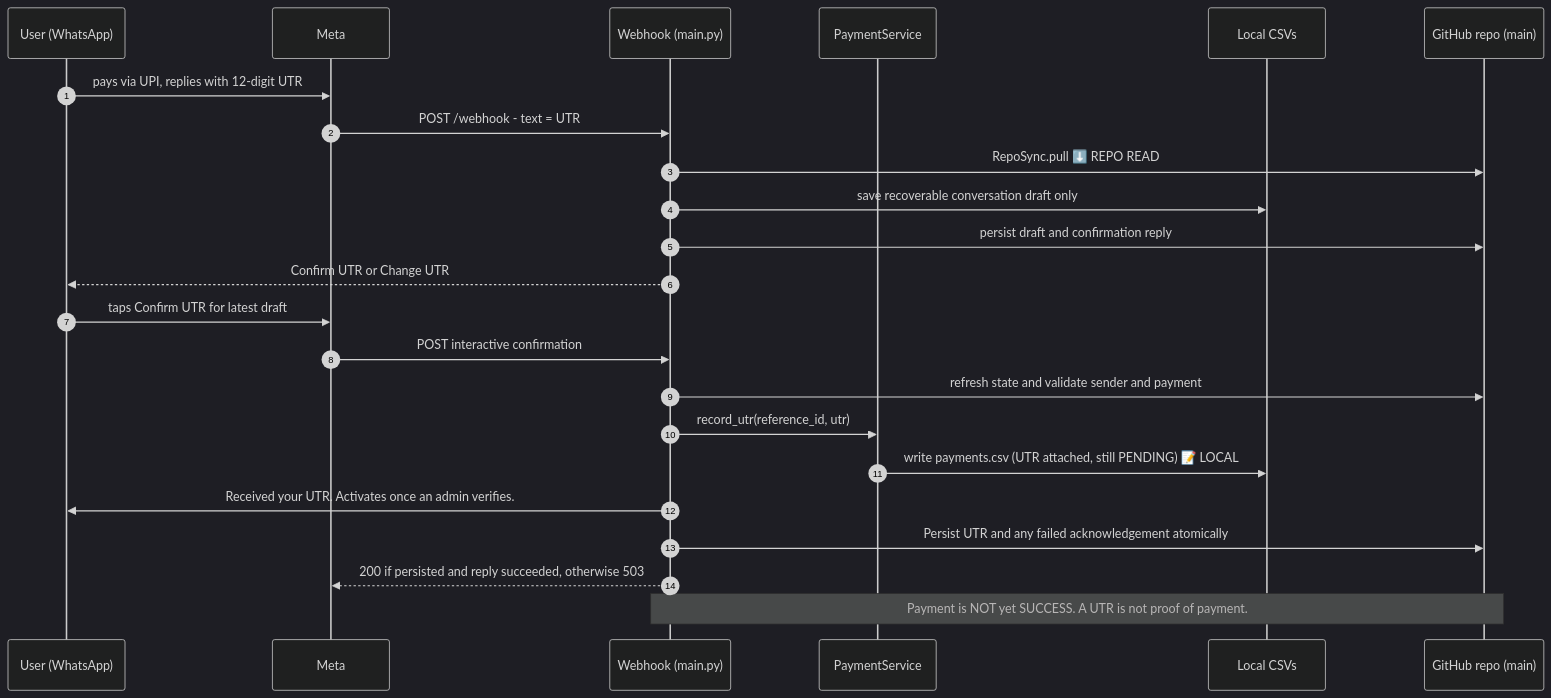
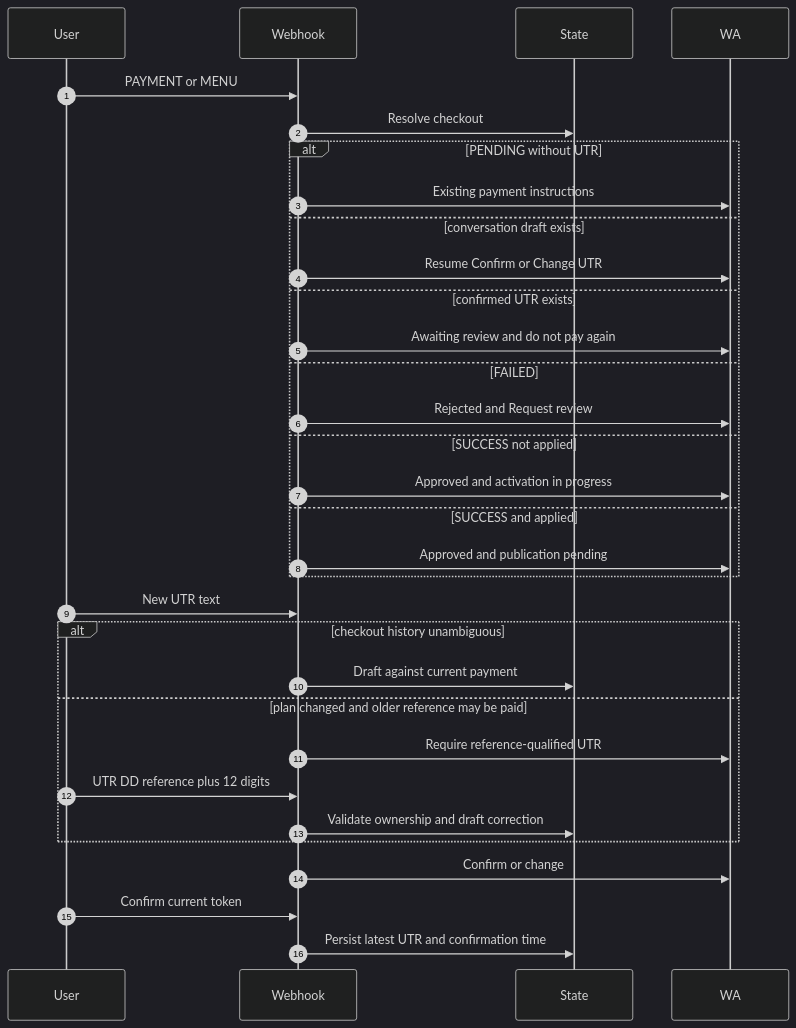
Before and after one commit to mishnit/daily-darshan: the fourth of 11 diagrams in sequence-diagrams.md, drawn with Mermaid (dark theme). The commit also changed other lines of this file and 16 other files, not shown here.

````diff
--- a/sequence-diagrams.md
+++ b/sequence-diagrams.md
@@ -379,26 +168,34 @@
 ```mermaid
 sequenceDiagram
     autonumber
-    participant User as User (WhatsApp)
-    participant Meta
-    participant Web as Webhook (main.py)
-    participant Pay as PaymentService
-    participant Local as Local CSVs
-    participant Repo as GitHub repo (main)
-
-    User->>Meta: pays via UPI, replies with 12-digit UTR
-    Meta->>Web: POST /webhook - text = UTR
-    Web->>Repo: RepoSync.pull  ⬇️ REPO READ
-    Web->>Local: save recoverable conversation draft only
-    Web->>Repo: persist draft and confirmation reply
-    Web-->>User: Confirm UTR or Change UTR
-    User->>Meta: taps Confirm UTR for latest draft
-    Meta->>Web: POST interactive confirmation
-    Web->>Repo: refresh state and validate sender and payment
-    Web->>Pay: record_utr(reference_id, utr)
-    Pay->>Local: write payments.csv (UTR attached, still PENDING)  📝 LOCAL
-    Web->>User: Received your UTR. Activates once an admin verifies.
-    Web->>Repo: Persist UTR and any failed acknowledgement atomically
-    Web-->>Meta: 200 if persisted and reply succeeded, otherwise 503
-    Note over Web,Repo: Payment is NOT yet SUCCESS. A UTR is not proof of payment.
+    participant User
+    participant Webhook
+    participant State
+    participant WA
+    User->>Webhook: PAYMENT or MENU
+    Webhook->>State: Resolve checkout
+    alt PENDING without UTR
+        Webhook->>WA: Existing payment instructions
+    else conversation draft exists
+        Webhook->>WA: Resume Confirm or Change UTR
+    else confirmed UTR exists
+        Webhook->>WA: Awaiting review and do not pay again
+    else FAILED
+        Webhook->>WA: Rejected and Request review
+    else SUCCESS not applied
+        Webhook->>WA: Approved and activation in progress
+    else SUCCESS and applied
+        Webhook->>WA: Approved and publication pending
+    end
+    User->>Webhook: New UTR text
+    alt checkout history unambiguous
+        Webhook->>State: Draft against current payment
+    else plan changed and older reference may be paid
+        Webhook->>WA: Require reference-qualified UTR
+        User->>Webhook: UTR DD reference plus 12 digits
+        Webhook->>State: Validate ownership and draft correction
+    end
+    Webhook->>WA: Confirm or change
+    User->>Webhook: Confirm current token
+    Webhook->>State: Persist latest UTR and confirmation time
 ```
````
